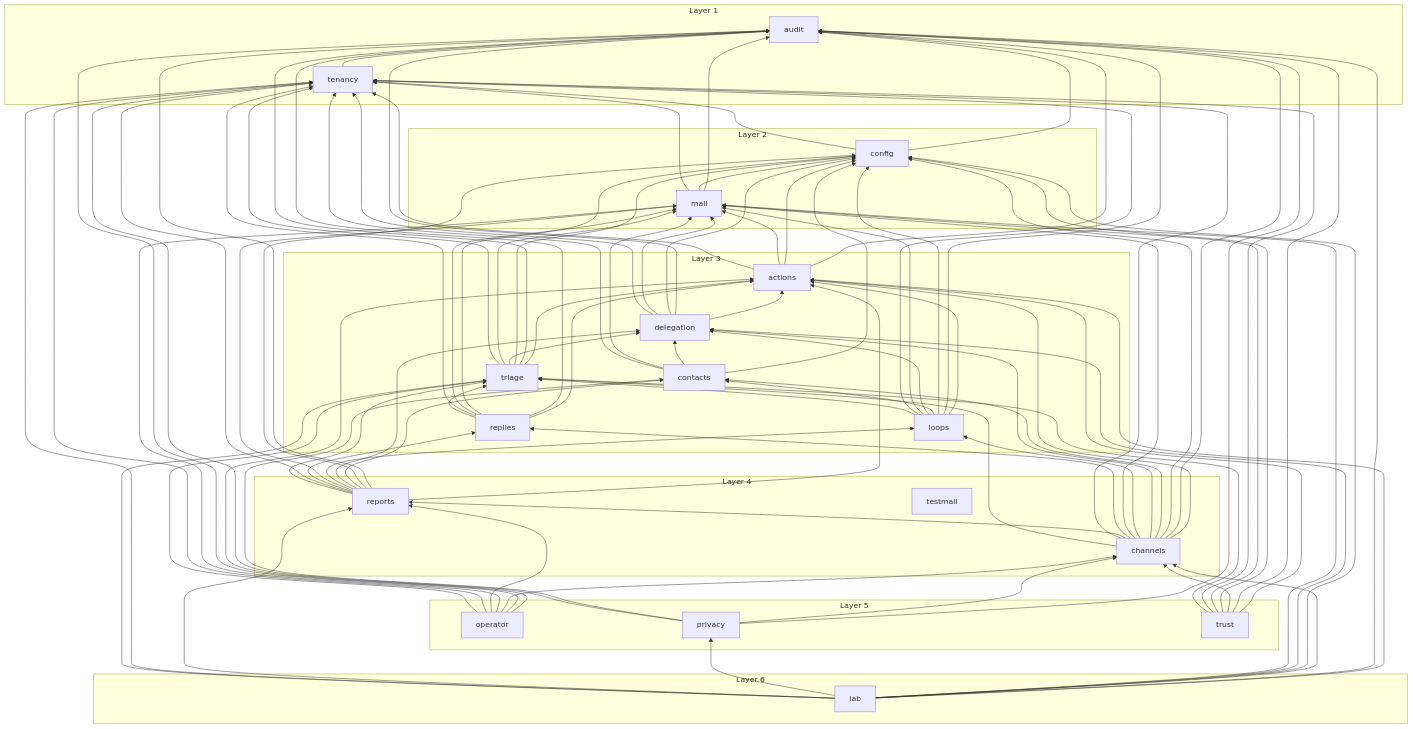
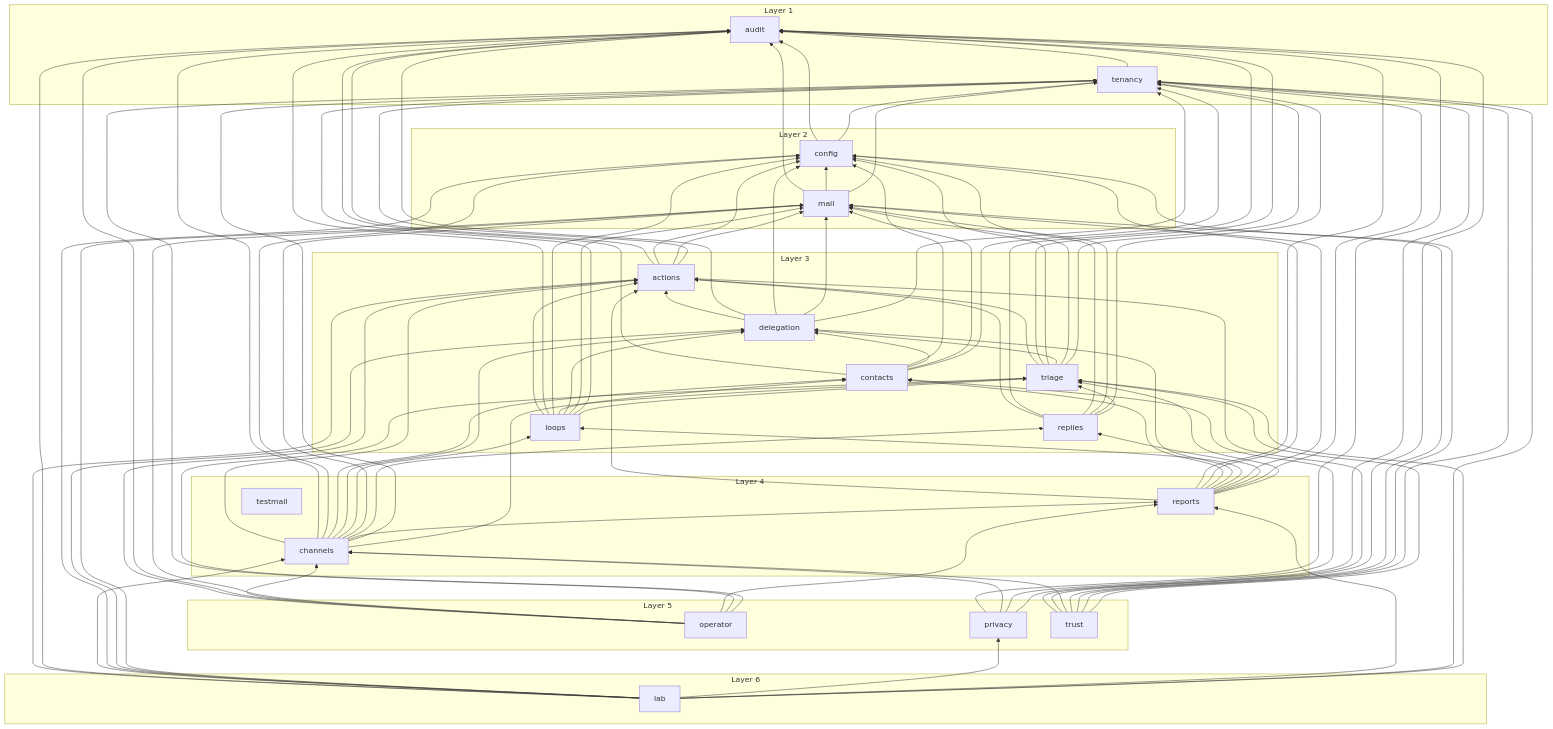
One commit to Artexs/email_assistant changed the diagram in docs/diagrams/module-graph.md. Above: the diagram before and after it, drawn with Mermaid. The commit also changed 16 other files, not shown here.

```diff
--- a/docs/diagrams/module-graph.md
+++ b/docs/diagrams/module-graph.md
@@ -52,6 +52,7 @@
   channels --> triage
   config --> audit
   config --> tenancy
+  contacts --> audit
   contacts --> config
   contacts --> delegation
   contacts --> mail
```
